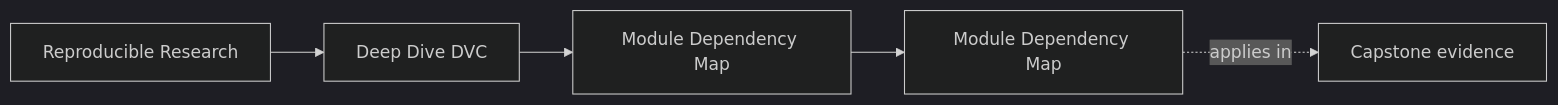
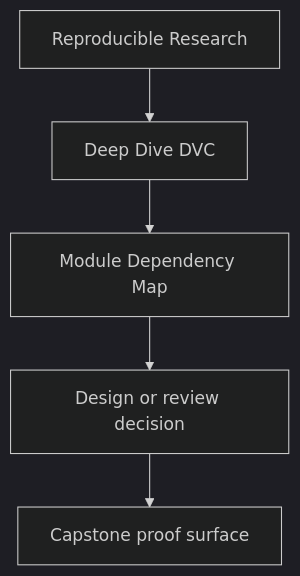
Before and after one commit to bijux/bijux-masterclass: the first of 3 diagrams in programs/reproducible-research/deep-dive-dvc/course-book/reference/module-dependency-map.md, drawn with Mermaid (dark theme). The commit also changed other lines of this file and 31 other files, not shown here.

Commit message:
docs(deep-dive-dvc): sharpen guide and reference diagrams

````diff
--- a/programs/reproducible-research/deep-dive-dvc/course-book/reference/module-dependency-map.md
+++ b/programs/reproducible-research/deep-dive-dvc/course-book/reference/module-dependency-map.md
@@ -9,11 +9,7 @@
 ```mermaid
-graph LR
-  family["Reproducible Research"]
-  program["Deep Dive DVC"]
-  section["Module Dependency Map"]
-  page["Module Dependency Map"]
-  capstone["Capstone evidence"]
-
-  family --> program --> section --> page
-  page -.applies in.-> capstone
+flowchart TD
+  family["Reproducible Research"] --> program["Deep Dive DVC"]
+  program --> reference["Module Dependency Map"]
+  reference --> review["Design or review decision"]
+  review --> capstone["Capstone proof surface"]
 ```
````
